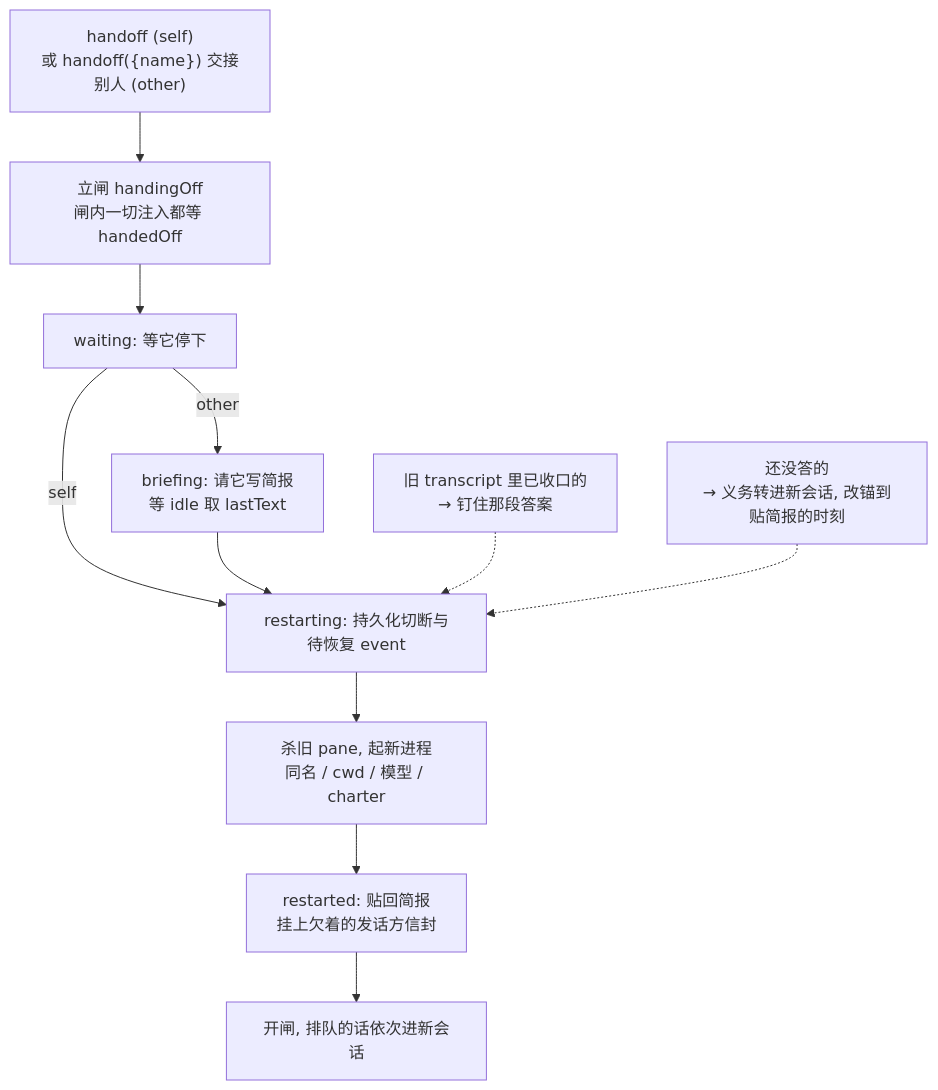
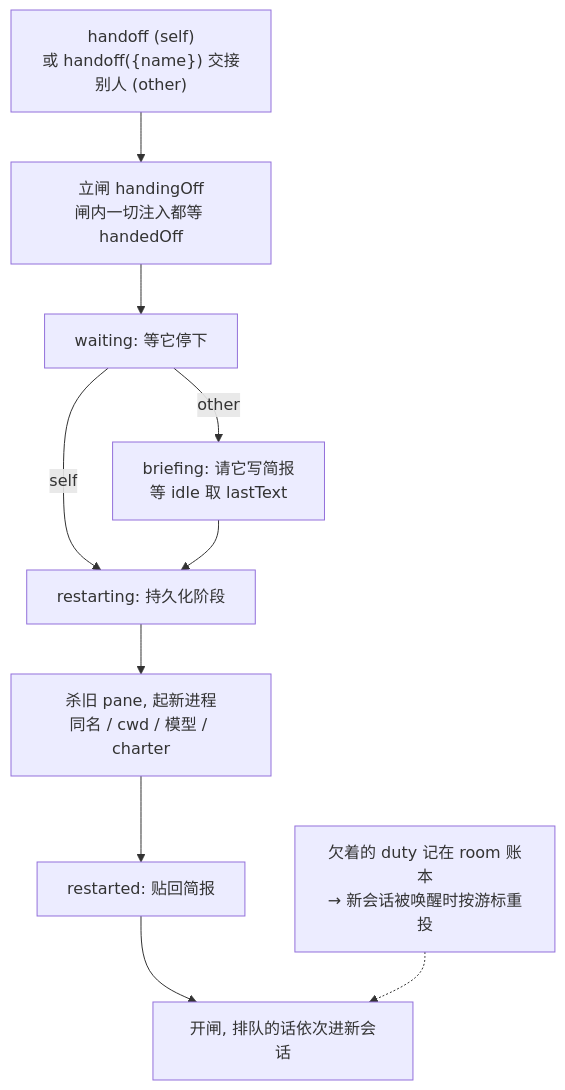
One commit to guxi11/wezard changed diagram 11 of 13 in 技术说明.md. Above: the diagram before and after it, drawn with Mermaid. The commit also changed other lines of this file and 3 other files, not shown here.

````diff
--- a/技术说明.md
+++ b/技术说明.md
@@ -430,13 +431,12 @@
 ```mermaid
 flowchart TD
     entry["handoff (self)<br/>或 handoff({name}) 交接别人 (other)"] --> gate["立闸 handingOff<br/>闸内一切注入都等 handedOff"]
     gate --> waiting["waiting: 等它停下"]
-    waiting -- "self" --> restarting["restarting: 持久化切断与待恢复 event"]
+    waiting -- "self" --> restarting["restarting: 持久化阶段"]
     waiting -- "other" --> briefing["briefing: 请它写简报<br/>等 idle 取 lastText"]
     briefing --> restarting
     restarting --> kill["杀旧 pane, 起新进程<br/>同名 / cwd / 模型 / charter"]
-    kill --> restarted["restarted: 贴回简报<br/>挂上欠着的发话方信封"]
+    kill --> restarted["restarted: 贴回简报"]
     restarted --> release["开闸, 排队的话依次进新会话"]
-    answered["旧 transcript 里已收口的<br/>→ 钉住那段答案"] -.-> restarting
-    carried["还没答的<br/>→ 义务转进新会话, 改锚到贴简报的时刻"] -.-> restarting
+    owed["欠着的 duty 记在 room 账本<br/>→ 新会话被唤醒时按游标重投"] -.-> release
 ```
````
